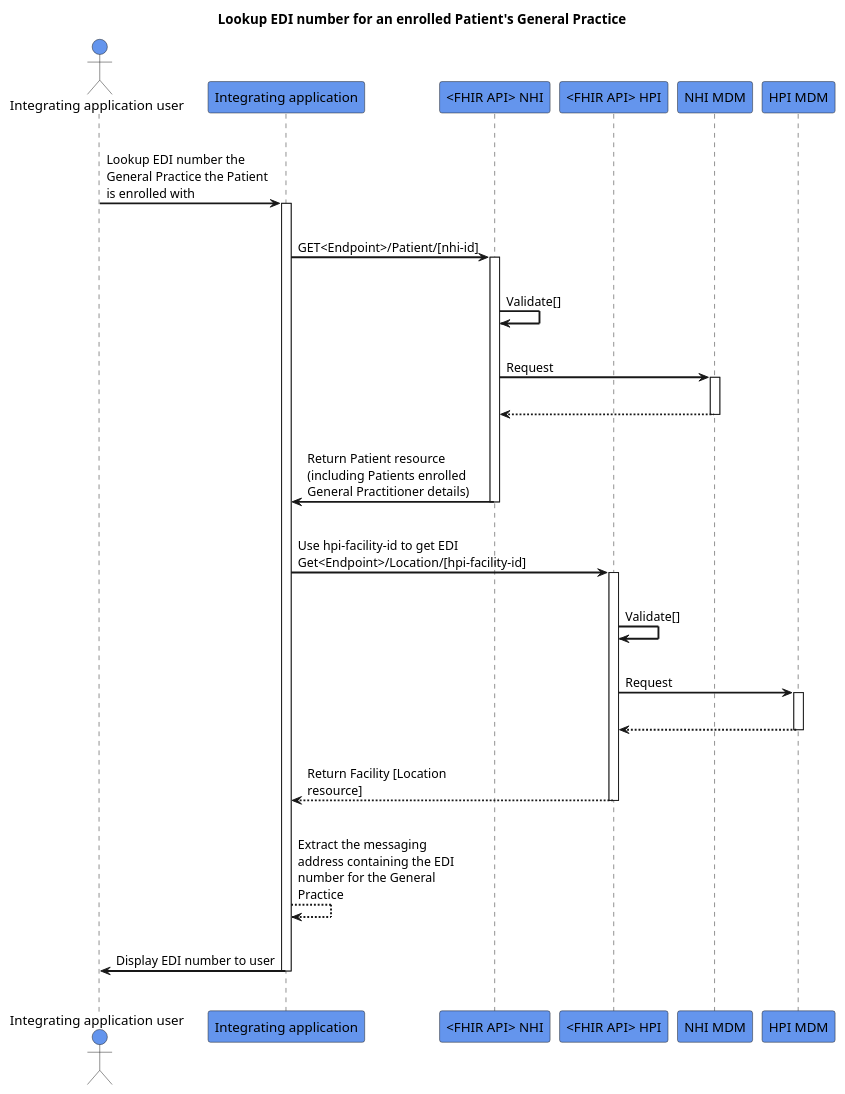
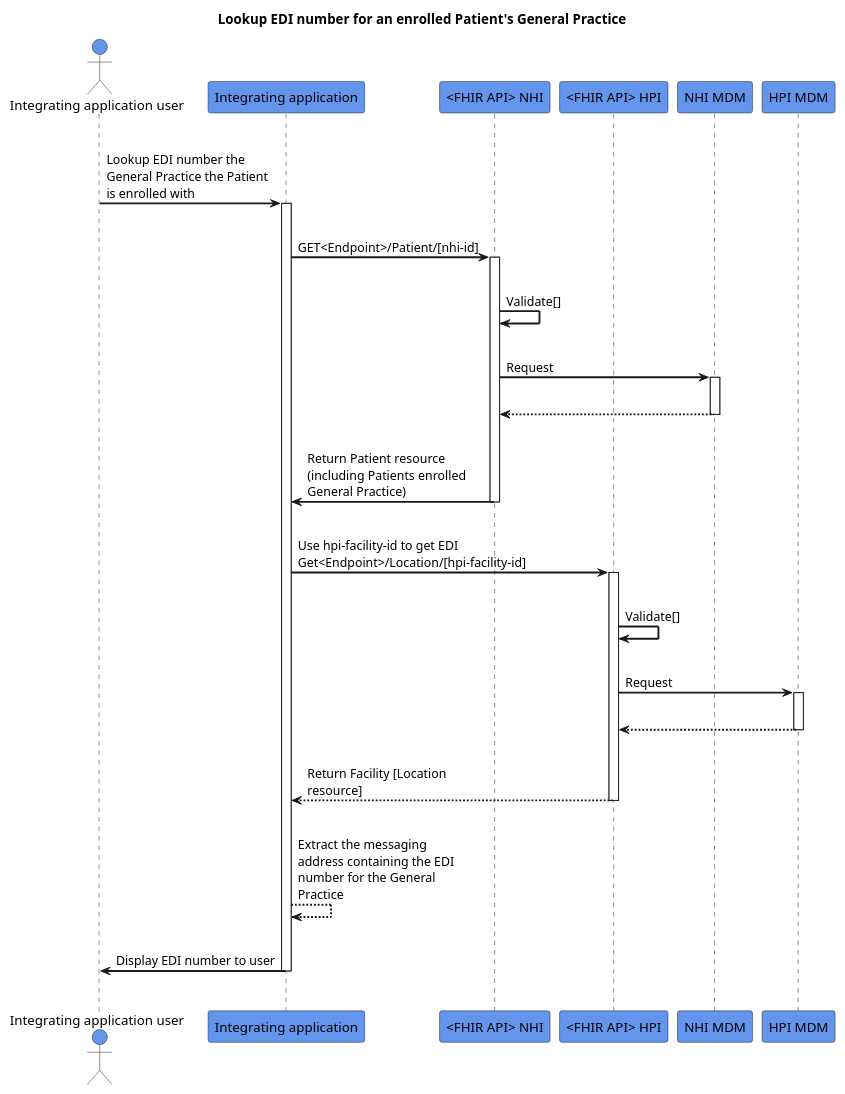
One commit to HL7NZ/nhi changed the diagram in input/images-source/lookup-edi-number.plantuml. Above: the diagram before and after it, drawn with PlantUML.

```diff
--- a/input/images-source/lookup-edi-number.plantuml
+++ b/input/images-source/lookup-edi-number.plantuml
@@ -1,50 +1,50 @@
 @startuml
 skinparam sequenceArrowThickness 2
 skinparam roundcorner 5
 skinparam maxmessagesize 180
 skinparam sequenceParticipant bold
 title Lookup EDI number for an enrolled Patient's General Practice
 actor "Integrating application user" as User #CornflowerBlue
 participant "Integrating application" as A #CornflowerBlue
 participant "<FHIR API> NHI" as B #CornflowerBlue
 participant "<FHIR API> HPI" as C #CornflowerBlue
 participant "NHI MDM" as D #CornflowerBlue
 participant "HPI MDM" as E #CornflowerBlue
 |||
 User -> A: Lookup EDI number the General Practice the Patient is enrolled with
 activate A
 |||
 A -> B: GET<Endpoint>/Patient/[nhi-id]
 activate B
 |||
 B -> B: Validate[]
 |||
 B -> D: Request
 activate D
 |||
 D -[dashed]-> B:  
 deactivate D
 |||
-B -> A: Return Patient resource (including Patients enrolled General Practitioner details)
+B -> A: Return Patient resource (including Patients enrolled General Practice)
 deactivate B
 |||
 A -> C: Use hpi-facility-id to get EDI Get<Endpoint>/Location/[hpi-facility-id]
 activate C
 |||
 C -> C: Validate[]
 |||
 C -> E: Request
 activate E
 |||
 E -[dashed]-> C:  
 deactivate E
 |||
 C -[dashed]-> A:Return Facility [Location resource]
 deactivate C
 |||
 A -[dashed]-> A: Extract the messaging address containing the EDI number for the General Practice
 |||
 A -> User: Display EDI number to user
 deactivate A
 |||
 @enduml
```
